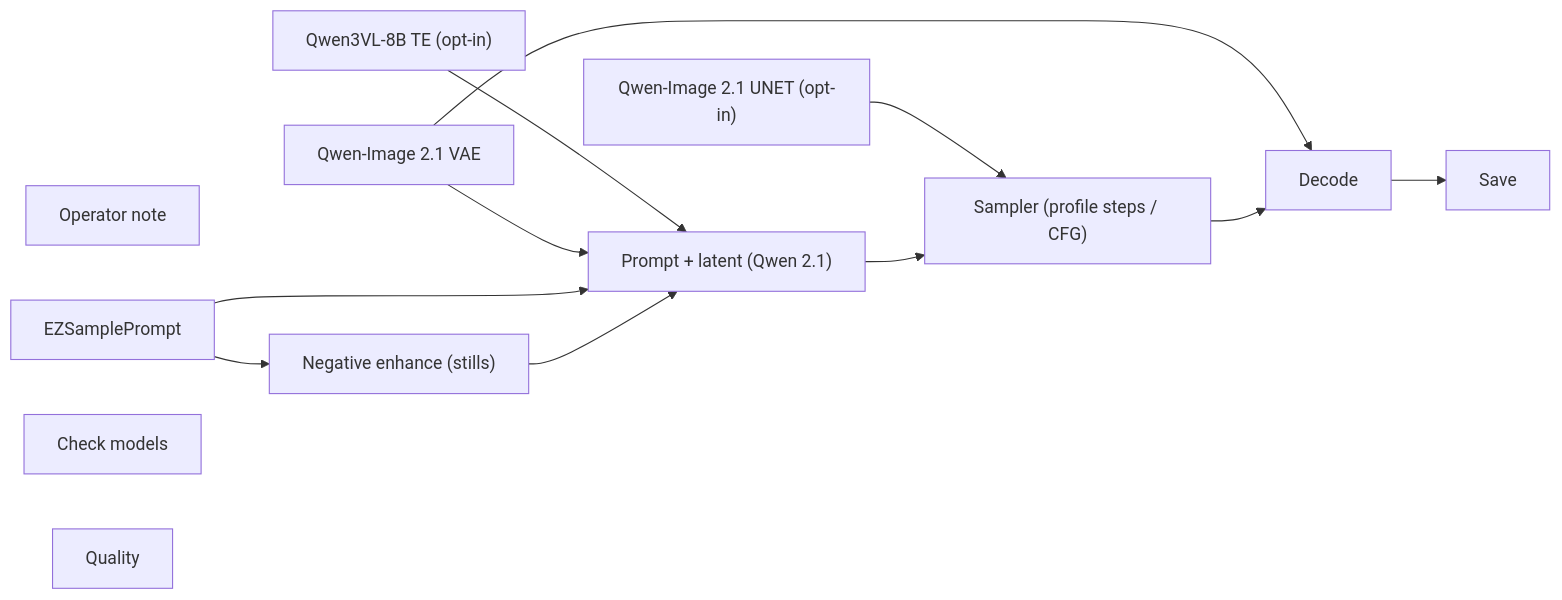
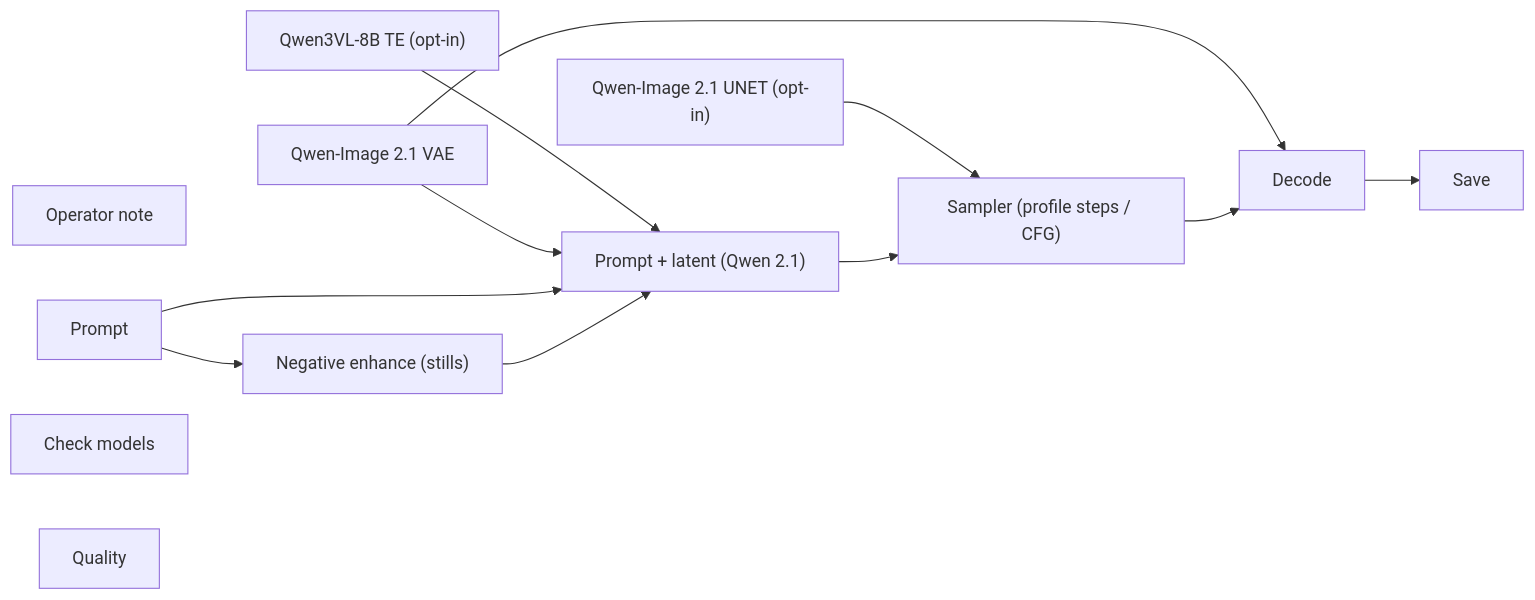
The diagram in docs/generated/workflows/labs/opt-in/still-qwen-image.md (toxicoder/ez-comfy-stack), drawn with Mermaid before and after one commit. The commit also changed other lines of this file and 166 other files, not shown here.

````diff
--- a/docs/generated/workflows/labs/opt-in/still-qwen-image.md
+++ b/docs/generated/workflows/labs/opt-in/still-qwen-image.md
@@ -57,25 +57,25 @@
 ```mermaid
 flowchart LR
   N1["Operator note"]
   N2["Qwen-Image 2.1 UNET (opt-in)"]
   N3["Qwen3VL-8B TE (opt-in)"]
   N4["Qwen-Image 2.1 VAE"]
-  N5["EZSamplePrompt"]
+  N5["Prompt"]
   N6["Negative enhance (stills)"]
   N7["Prompt + latent (Qwen 2.1)"]
   N8["Sampler (profile steps / CFG)"]
   N9["Decode"]
   N10["Save"]
   N11["Check models"]
   N12["Quality"]
   N2 --> N8
   N3 --> N7
   N4 --> N7
   N4 --> N9
   N5 --> N6
   N5 --> N7
   N6 --> N7
   N7 --> N8
   N8 --> N9
   N9 --> N10
 ```
````
